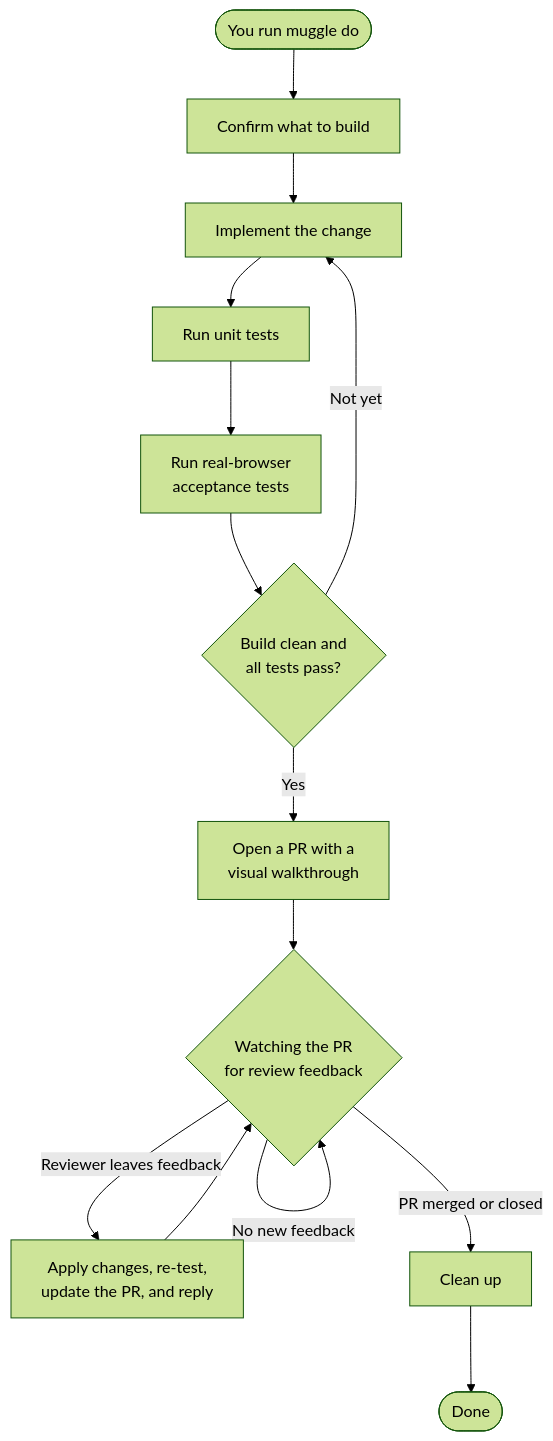
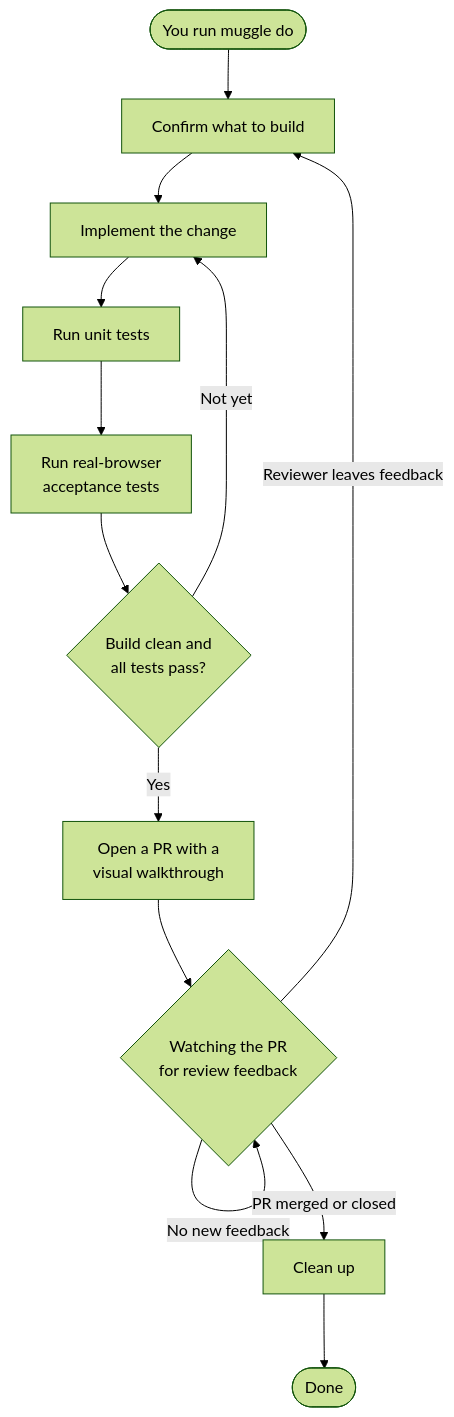
Before and after one commit to multiplex-ai/muggle-ai-docs: the diagram in concepts/how-muggle-do-works.md, drawn with Mermaid (forest theme).

Commit message:
docs(how-muggle-do-works): loop review feedback back to "Confirm what to build" (#17)

````diff
--- a/concepts/how-muggle-do-works.md
+++ b/concepts/how-muggle-do-works.md
@@ -7,16 +7,15 @@
 ```mermaid
 flowchart TD
     Start([You run muggle do]) --> Req[Confirm what to build]
     Req --> Impl[Implement the change]
     Impl --> Unit[Run unit tests]
     Unit --> E2E[Run real-browser<br/>acceptance tests]
     E2E --> Gate{Build clean and<br/>all tests pass?}
     Gate -->|Not yet| Impl
     Gate -->|Yes| PR[Open a PR with a<br/>visual walkthrough]
     PR --> Watch{Watching the PR<br/>for review feedback}
-    Watch -->|Reviewer leaves feedback| Address[Apply changes, re-test,<br/>update the PR, and reply]
-    Address --> Watch
+    Watch -->|Reviewer leaves feedback| Req
     Watch -->|No new feedback| Watch
     Watch -->|PR merged or closed| Cleanup[Clean up]
     Cleanup --> Done([Done])
 ```
````
